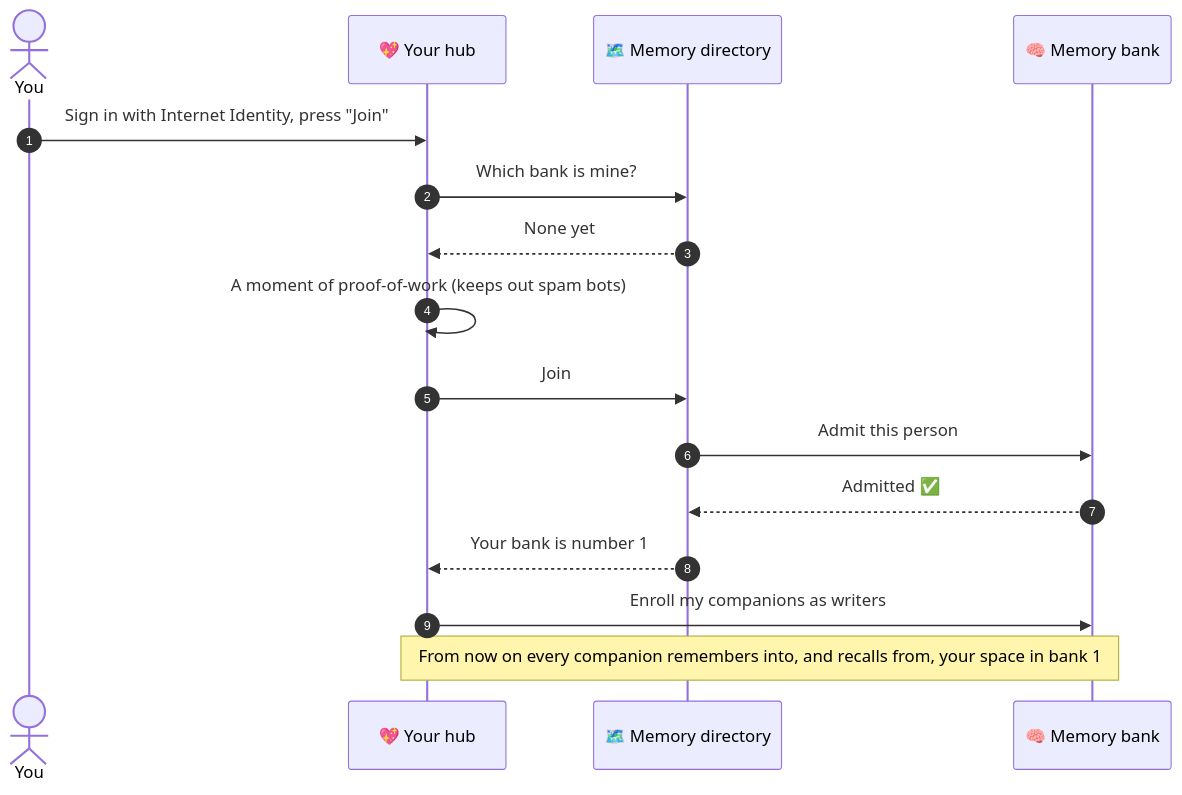
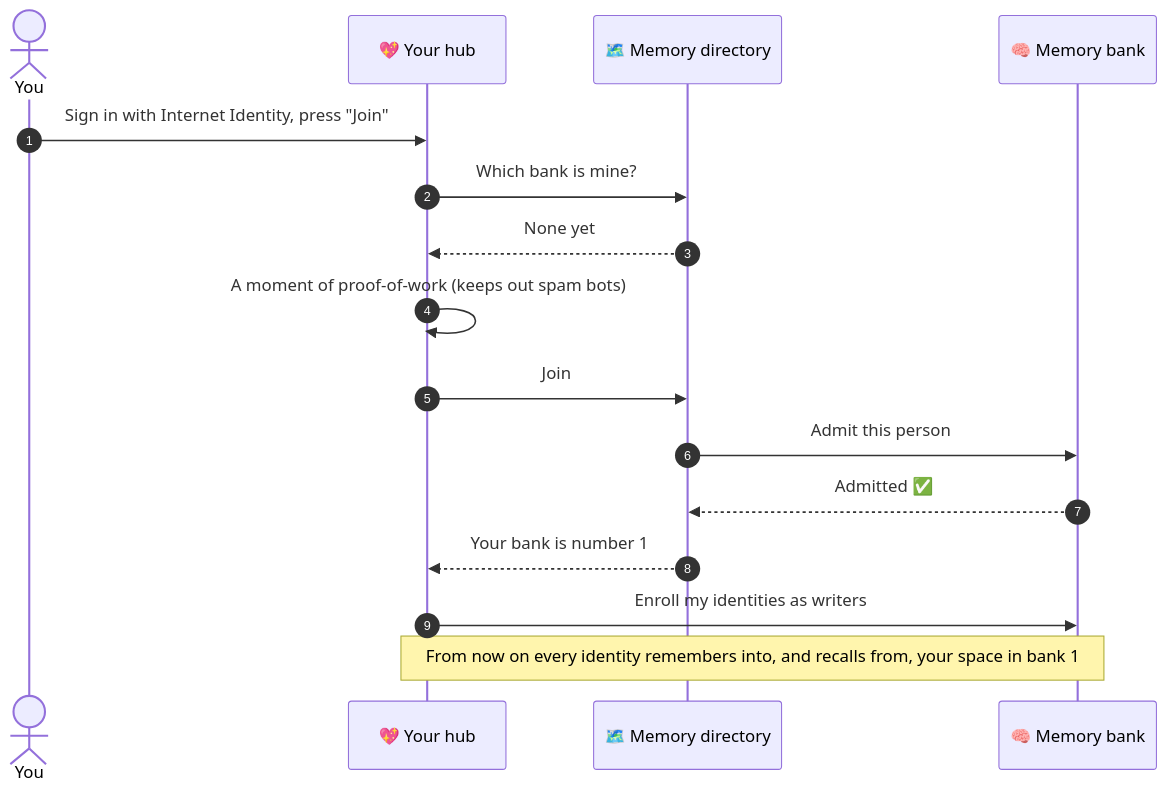
Before and after one commit to Smugandcomfy/waifu-ai-desktop: the third of 9 diagrams in docs/NETWORK.md, drawn with Mermaid. The commit also changed other lines of this file and 14 other files, not shown here.

Commit message:
Docs say identity, as the app does (owner, 19 Nov): companion → identity throughout; Hologram Companion and the Public companion role keep their names; file names and anchors unchanged

````diff
--- a/docs/NETWORK.md
+++ b/docs/NETWORK.md
@@ -132,19 +132,19 @@
 ```mermaid
 sequenceDiagram
     autonumber
     actor You
     participant Hub as 💖 Your hub
     participant Dir as 🗺️ Memory directory
     participant Bank as 🧠 Memory bank
 
     You->>Hub: Sign in with Internet Identity, press "Join"
     Hub->>Dir: Which bank is mine?
     Dir-->>Hub: None yet
     Hub->>Hub: A moment of proof-of-work (keeps out spam bots)
     Hub->>Dir: Join
     Dir->>Bank: Admit this person
     Bank-->>Dir: Admitted ✅
     Dir-->>Hub: Your bank is number 1
-    Hub->>Bank: Enroll my companions as writers
-    Note over Hub,Bank: From now on every companion remembers into, and recalls from, your space in bank 1
+    Hub->>Bank: Enroll my identities as writers
+    Note over Hub,Bank: From now on every identity remembers into, and recalls from, your space in bank 1
 ```
````
